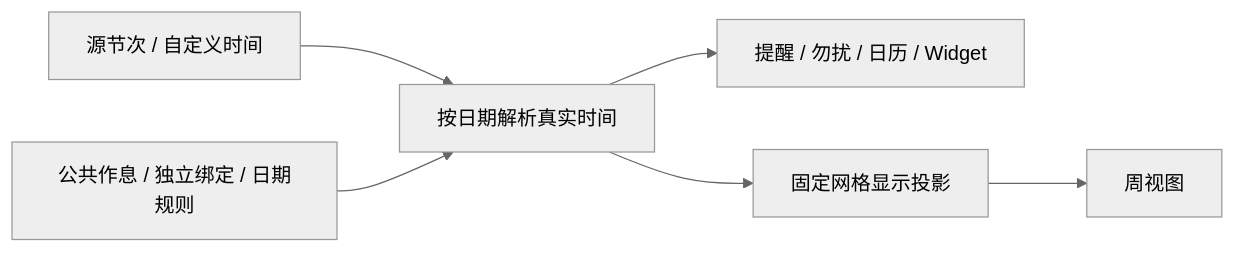
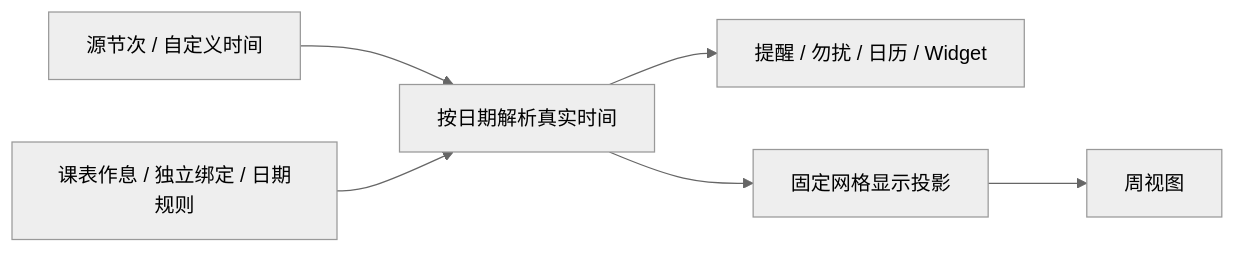
One commit to xiaomanjun233/SleepDown-Schedule changed the diagram in docs/architecture/COURSE_TIME_MODEL.md. Above: the diagram before and after it, drawn with Mermaid (neutral theme). The commit also changed other lines of this file and 21 other files, not shown here.

````diff
--- a/docs/architecture/COURSE_TIME_MODEL.md
+++ b/docs/architecture/COURSE_TIME_MODEL.md
@@ -27,8 +31,8 @@
 ```mermaid
 flowchart LR
   Source[源节次 / 自定义时间] --> Resolve[按日期解析真实时间]
-  Library[公共作息 / 独立绑定 / 日期规则] --> Resolve
+  Routines[课表作息 / 独立绑定 / 日期规则] --> Resolve
   Resolve --> Consumers[提醒 / 勿扰 / 日历 / Widget]
   Resolve --> Projection[固定网格显示投影]
   Projection --> Week[周视图]
 ```
````
